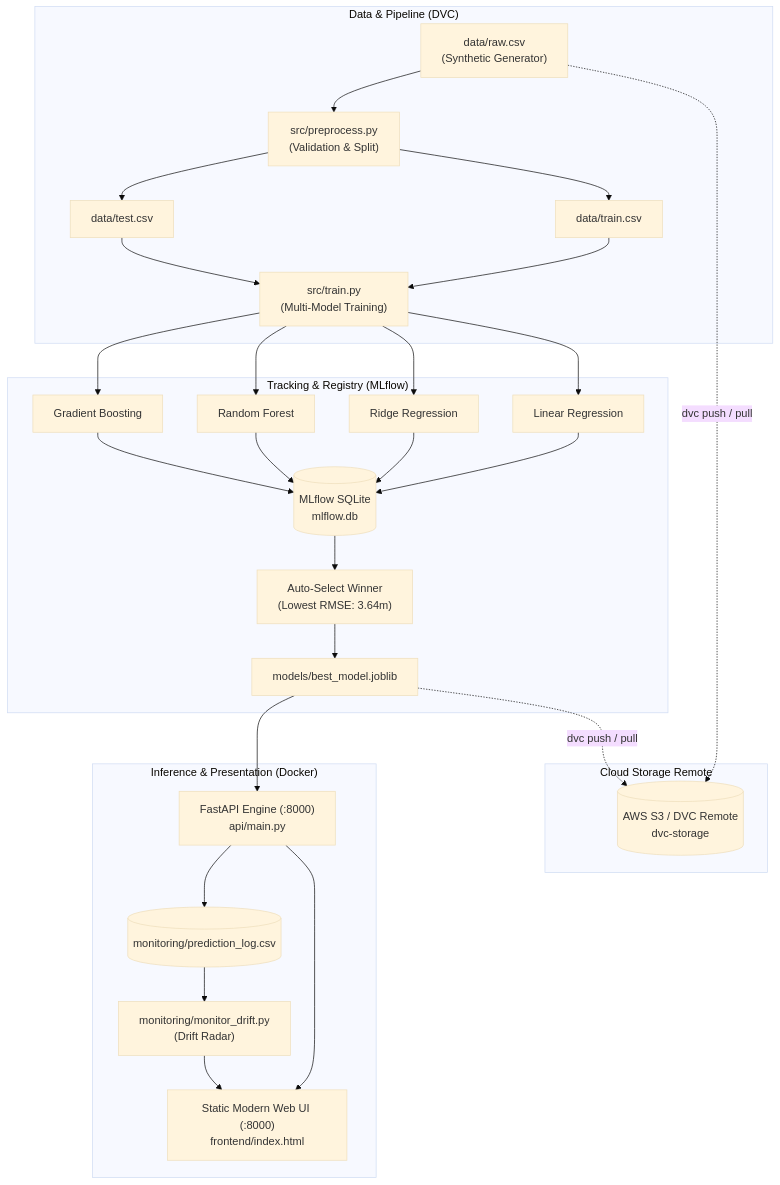
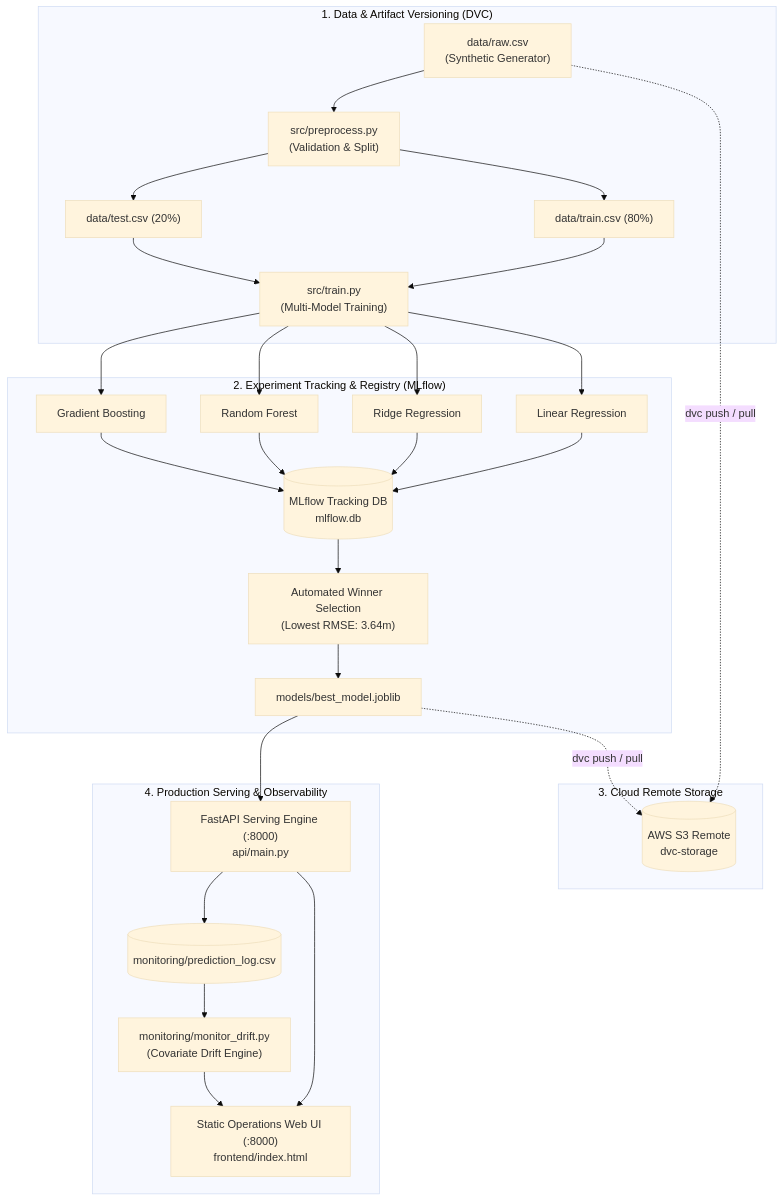
The first of 2 diagrams in README.md (riddhimk/DeliverAI), drawn with Mermaid (base theme) before and after one commit. The commit also changed other lines of this file and 26 other files, not shown here.

````diff
--- a/README.md
+++ b/README.md
@@ -17,33 +20,33 @@
 ```mermaid
 flowchart TD
-    subgraph Data & Pipeline Versioning ["Data & Pipeline (DVC)"]
+    subgraph Storage ["1. Data & Artifact Versioning (DVC)"]
         Raw["data/raw.csv<br/>(Synthetic Generator)"] --> Pre["src/preprocess.py<br/>(Validation & Split)"]
-        Pre --> TrainSplit["data/train.csv"]
-        Pre --> TestSplit["data/test.csv"]
+        Pre --> TrainSplit["data/train.csv (80%)"]
+        Pre --> TestSplit["data/test.csv (20%)"]
         TrainSplit --> Train["src/train.py<br/>(Multi-Model Training)"]
         TestSplit --> Train
     end
 
-    subgraph Experiment Tracking ["Tracking & Registry (MLflow)"]
+    subgraph Tracking ["2. Experiment Tracking & Registry (MLflow)"]
         Train --> M1["Linear Regression"]
         Train --> M2["Ridge Regression"]
         Train --> M3["Random Forest"]
         Train --> M4["Gradient Boosting"]
-        M1 & M2 & M3 & M4 --> MLflowDB[("MLflow SQLite<br/>mlflow.db")]
-        MLflowDB --> BestSel["Auto-Select Winner<br/>(Lowest RMSE: 3.64m)"]
+        M1 & M2 & M3 & M4 --> MLflowDB[("MLflow Tracking DB<br/>mlflow.db")]
+        MLflowDB --> BestSel["Automated Winner Selection<br/>(Lowest RMSE: 3.64m)"]
         BestSel --> BestModel["models/best_model.joblib"]
     end
 
-    subgraph Remote Storage ["Cloud Storage Remote"]
-        Raw -. "dvc push / pull" .-> S3Storage[("AWS S3 / DVC Remote<br/>dvc-storage")]
+    subgraph CloudStorage ["3. Cloud Remote Storage"]
+        Raw -. "dvc push / pull" .-> S3Storage[("AWS S3 Remote<br/>dvc-storage")]
         BestModel -. "dvc push / pull" .-> S3Storage
     end
 
-    subgraph Serving & UI ["Inference & Presentation (Docker)"]
-        BestModel --> FastAPI["FastAPI Engine (:8000)<br/>api/main.py"]
-        FastAPI --> WebUI["Static Modern Web UI (:8000)<br/>frontend/index.html"]
+    subgraph Production ["4. Production Serving & Observability"]
+        BestModel --> FastAPI["FastAPI Serving Engine (:8000)<br/>api/main.py"]
+        FastAPI --> WebUI["Static Operations Web UI (:8000)<br/>frontend/index.html"]
         FastAPI --> DriftLog[("monitoring/prediction_log.csv")]
-        DriftLog --> DriftMonitor["monitoring/monitor_drift.py<br/>(Drift Radar)"]
-        DriftMonitor --> WebUI
+        DriftLog --> DriftEngine["monitoring/monitor_drift.py<br/>(Covariate Drift Engine)"]
+        DriftEngine --> WebUI
     end
 ```
````
